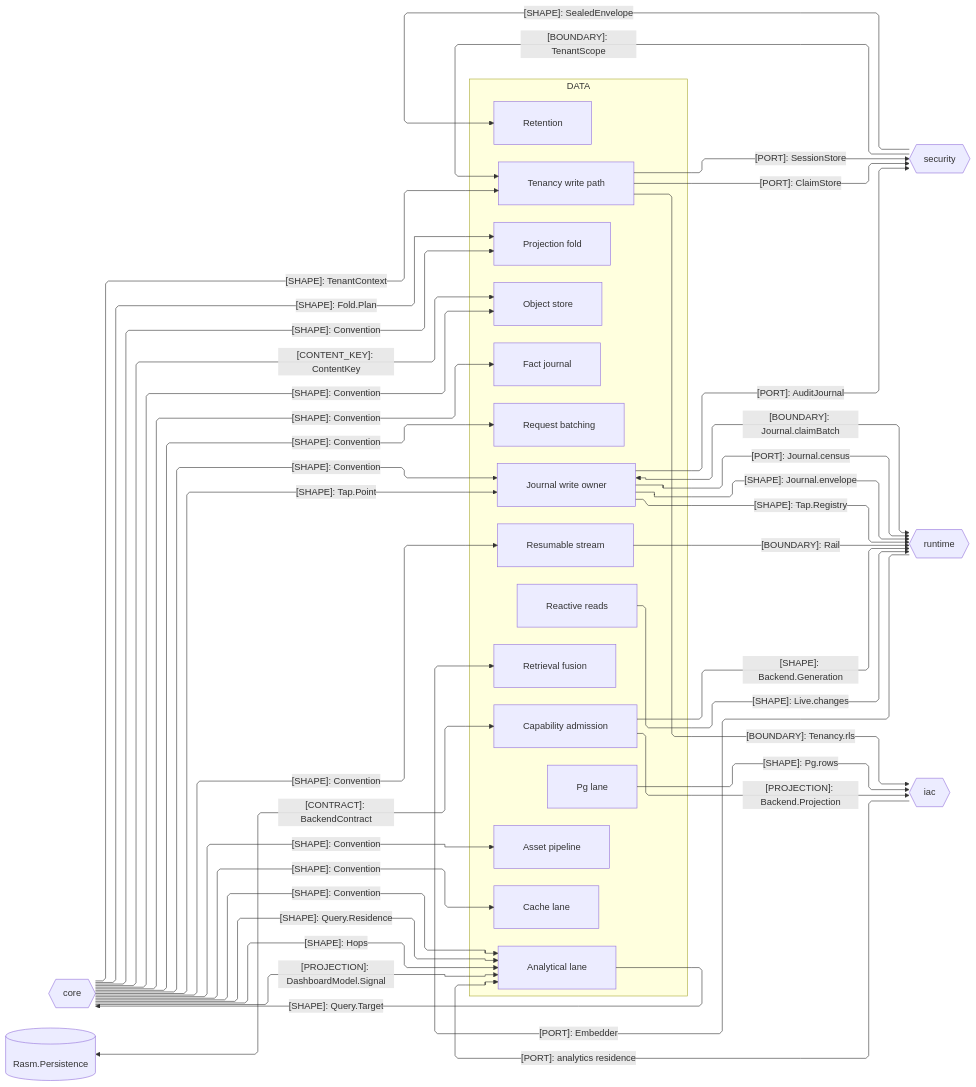
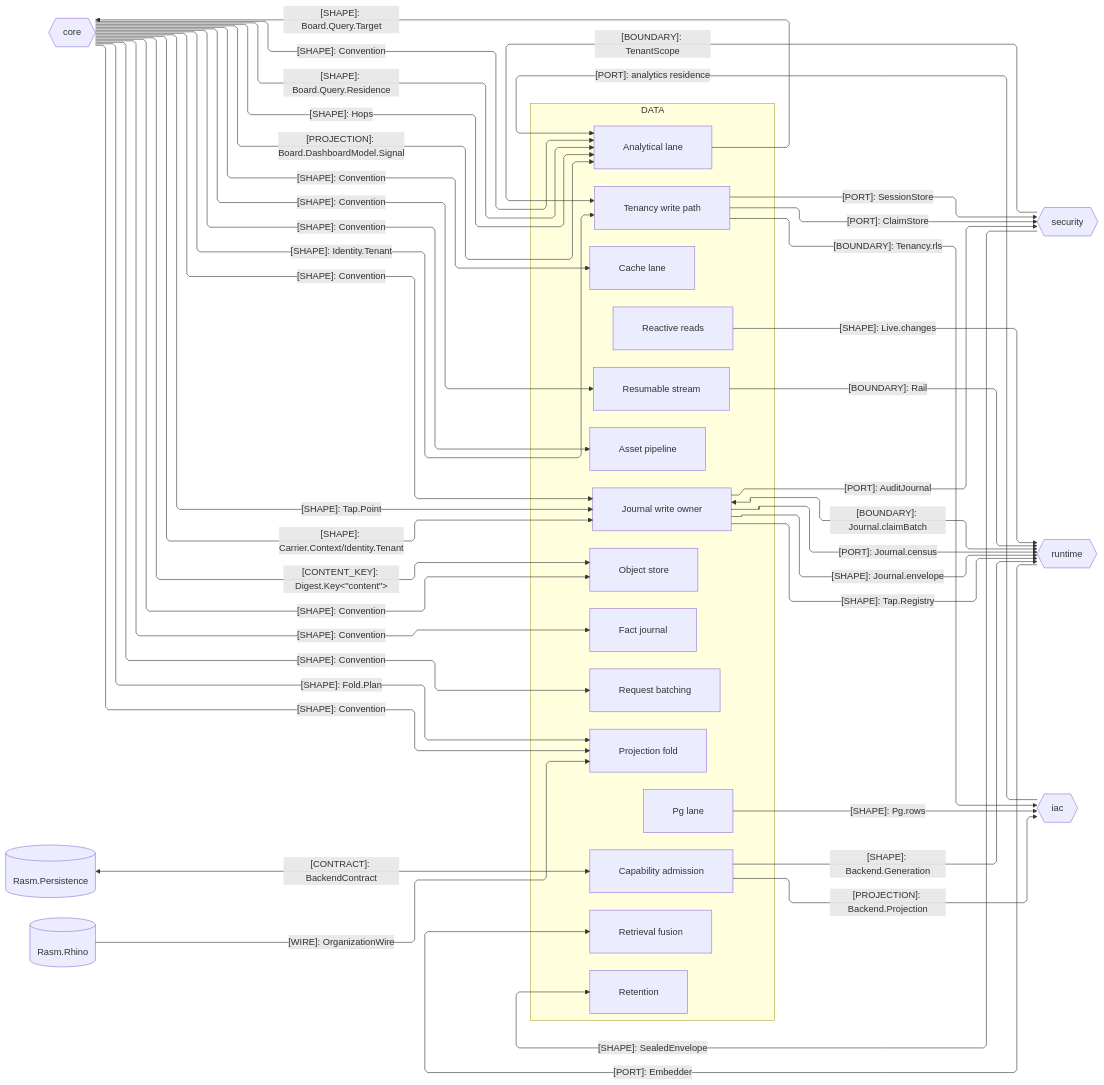
Before and after one commit to bsamiee/Rasm: the second of 3 diagrams in libs/typescript/data/ARCHITECTURE.md, drawn with Mermaid. The commit also changed other lines of this file and 400 other files, not shown here.

````diff
--- a/libs/typescript/data/ARCHITECTURE.md
+++ b/libs/typescript/data/ARCHITECTURE.md
@@ -102,69 +103,72 @@
 ```mermaid
 ---
 config:
   layout: elk
   flowchart:
     curve: linear
     padding: 25
 ---
 flowchart LR
     accTitle: Data package seam registry
-    accDescr: Data owners exchanging content keys, tenancy, custody, reactive shapes, and the analytics-residence door with the core, security, runtime, and iac peers.
+    accDescr: Data exchanges custody, tenancy, hook, backend, and Board.Query contracts with branch peers and Rasm.Persistence.
     subgraph data[DATA]
         Fold[Projection fold]
         Store[Object store]
         Tenant[Tenancy write path]
         Retain[Retention]
         Append[Journal write owner]
         Live[Reactive reads]
         Stream[Resumable stream]
         Search[Retrieval fusion]
         Postgres[Pg lane]
         Capability[Capability admission]
         Fact[Fact journal]
         Batch[Request batching]
         Cache[Cache lane]
         Olap[Analytical lane]
         Asset[Asset pipeline]
     end
     Core{{core}}
     Security{{security}}
     Runtime{{runtime}}
     Iac{{iac}}
     Persistence[(Rasm.Persistence)]
+    Rhino[(Rasm.Rhino)]
     Core e1@-->|"[SHAPE]: Fold.Plan"| Fold
-    Core e2@-->|"[CONTENT_KEY]: ContentKey"| Store
-    Core e3@-->|"[SHAPE]: TenantContext"| Tenant
+    Core e2@-->|"[CONTENT_KEY]: Digest.Key&lt;&quot;content&quot;&gt;"| Store
+    Core e3@-->|"[SHAPE]: Identity.Tenant"| Tenant
     Tenant e4@-->|"[PORT]: SessionStore"| Security
     Security e5@-->|"[BOUNDARY]: TenantScope"| Tenant
     Security e6@-->|"[SHAPE]: SealedEnvelope"| Retain
     Append e7@<-->|"[BOUNDARY]: Journal.claimBatch"| Runtime
     Live e8@-->|"[SHAPE]: Live.changes"| Runtime
     Stream e9@-->|"[BOUNDARY]: Rail"| Runtime
     Runtime e10@-->|"[PORT]: Embedder"| Search
     Postgres e11@-->|"[SHAPE]: Pg.rows"| Iac
     Tenant e12@-->|"[BOUNDARY]: Tenancy.rls"| Iac
     Core e13@-->|"[SHAPE]: Convention"| Append
     Core e14@-->|"[SHAPE]: Convention"| Fold
     Append e15@-->|"[PORT]: Journal.census"| Runtime
     Tenant e16@-->|"[PORT]: ClaimStore"| Security
     Core e17@-->|"[SHAPE]: Convention"| Fact
     Core e18@-->|"[SHAPE]: Convention"| Batch
     Core e19@-->|"[SHAPE]: Convention"| Store
     Core e20@-->|"[SHAPE]: Convention"| Stream
     Core e21@-->|"[SHAPE]: Convention"| Cache
     Core e22@-->|"[SHAPE]: Convention"| Olap
     Append e23@-->|"[SHAPE]: Journal.envelope"| Runtime
     Core e24@-->|"[SHAPE]: Tap.Point"| Append
     Append e25@-->|"[SHAPE]: Tap.Registry"| Runtime
     Capability e26@-->|"[PROJECTION]: Backend.Projection"| Iac
     Capability e27@-->|"[SHAPE]: Backend.Generation"| Runtime
     Persistence e28@<-->|"[CONTRACT]: BackendContract"| Capability
     Append e29@-->|"[PORT]: AuditJournal"| Security
-    Core e30@-->|"[SHAPE]: Query.Residence"| Olap
+    Core e30@-->|"[SHAPE]: Board.Query.Residence"| Olap
     Core e32@-->|"[SHAPE]: Hops"| Olap
-    Olap e31@-->|"[SHAPE]: Query.Target"| Core
-    Core e33@-->|"[PROJECTION]: DashboardModel.Signal"| Olap
+    Olap e31@-->|"[SHAPE]: Board.Query.Target"| Core
+    Core e33@-->|"[PROJECTION]: Board.DashboardModel.Signal"| Olap
     Iac e34@-->|"[PORT]: analytics residence"| Olap
     Core e35@-->|"[SHAPE]: Convention"| Asset
+    Rhino e36@-->|"[WIRE]: OrganizationWire"| Fold
+    Core e36@-->|"[SHAPE]: Carrier.Context/Identity.Tenant"| Append
 ```
````
